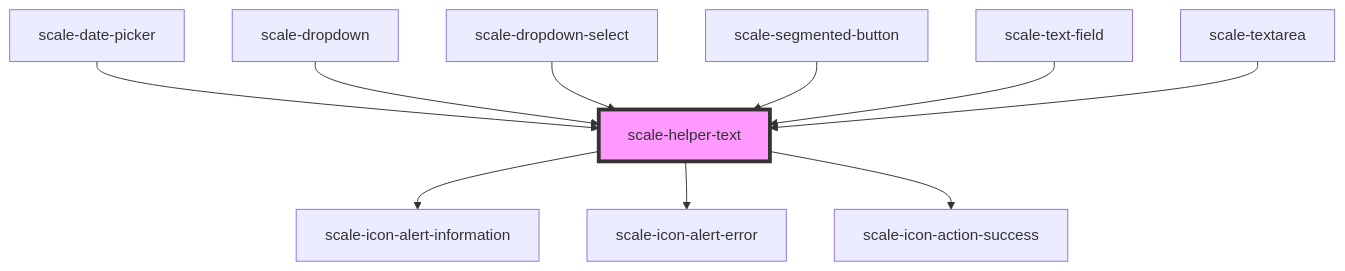
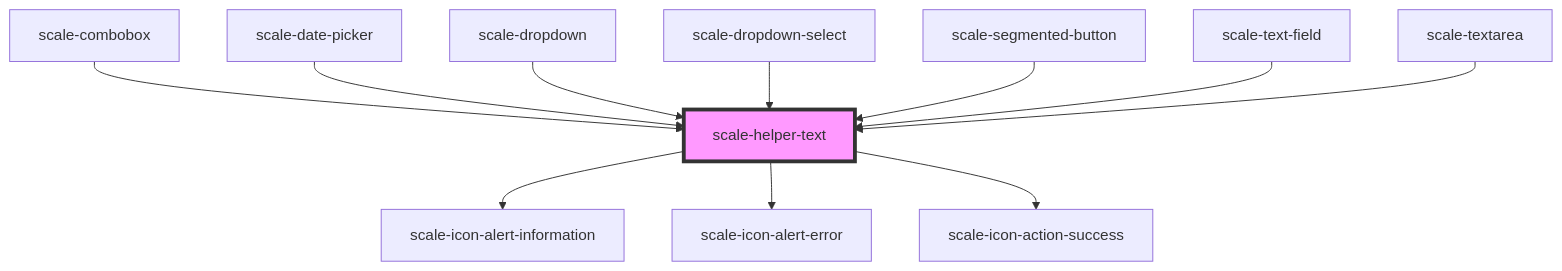
Before and after one commit to telekom/scale: the diagram in packages/components/src/components/helper-text/readme.md, drawn with Mermaid. The commit also changed other lines of this file and 12 other files, not shown here.

````diff
--- a/packages/components/src/components/helper-text/readme.md
+++ b/packages/components/src/components/helper-text/readme.md
@@ -57,13 +58,14 @@
 ```mermaid
 graph TD;
   scale-helper-text --> scale-icon-alert-information
   scale-helper-text --> scale-icon-alert-error
   scale-helper-text --> scale-icon-action-success
+  scale-combobox --> scale-helper-text
   scale-date-picker --> scale-helper-text
   scale-dropdown --> scale-helper-text
   scale-dropdown-select --> scale-helper-text
   scale-segmented-button --> scale-helper-text
   scale-text-field --> scale-helper-text
   scale-textarea --> scale-helper-text
   style scale-helper-text fill:#f9f,stroke:#333,stroke-width:4px
 ```
````
